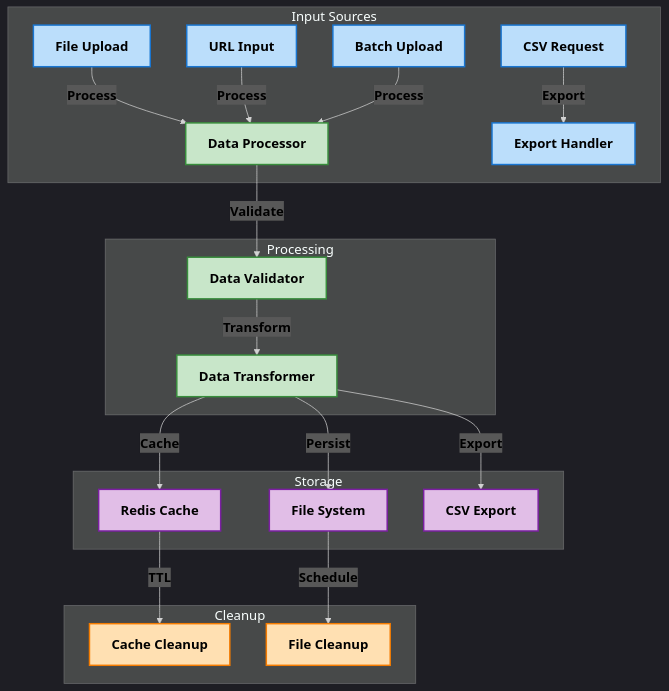
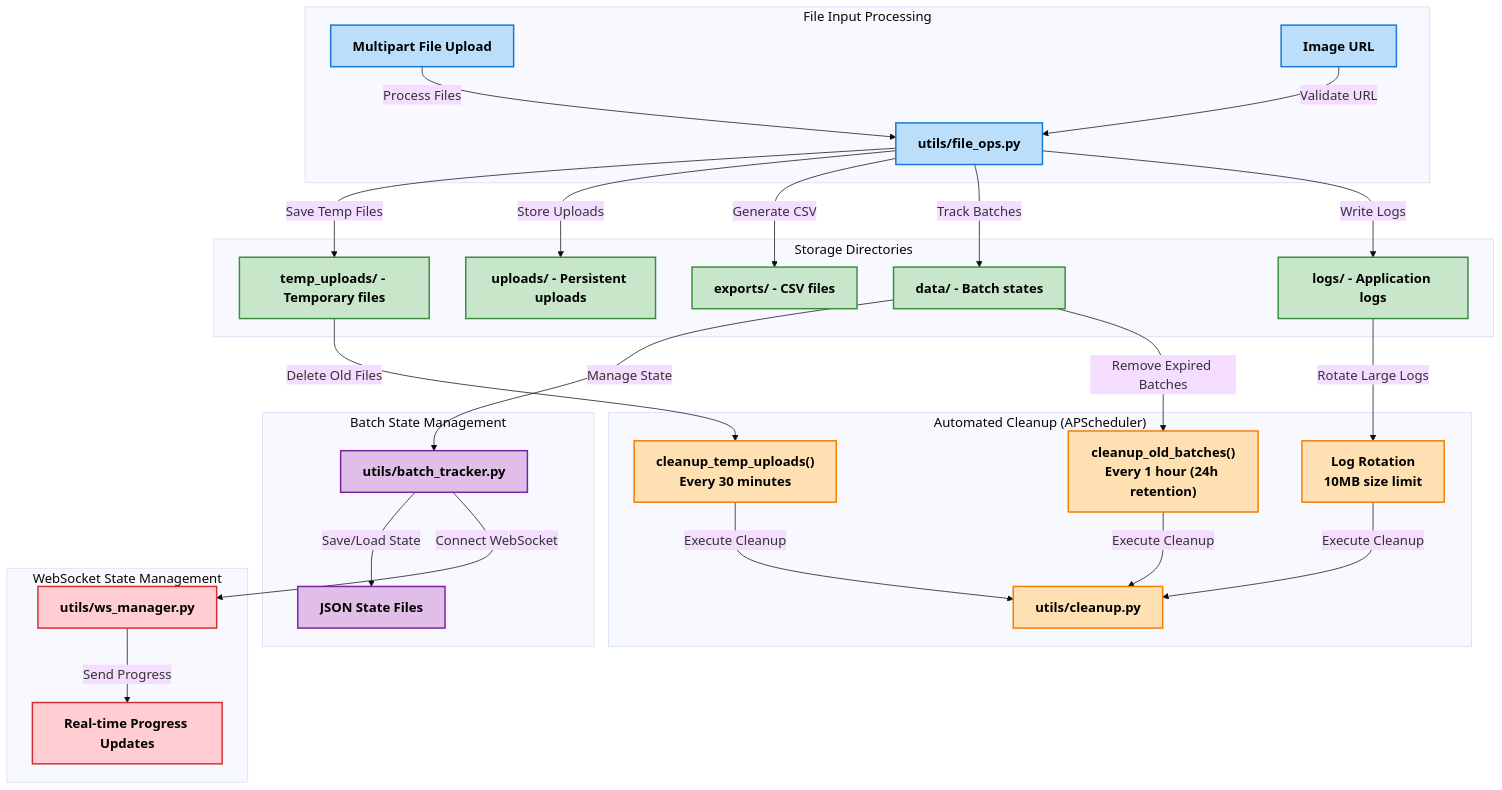
The diagram in docs/images/Data Flow and Storage.mmd (Dhruv0306/SymphonyProject1), drawn with Mermaid before and after one commit. The commit also changed 38 other files, not shown here.

Commit message:
docs: update documentation for WebSocket heartbeat and scheduler startup- Documented WebSocket heartbeat timeout mechanism- Added notes on scheduler initialization in startup event- Improved inline comments and logging descriptions for clarity

```diff
--- a/docs/images/Data Flow and Storage.mmd
+++ b/docs/images/Data Flow and Storage.mmd
@@ -1,41 +1,49 @@
-%%{init: {'theme': 'dark', 'themeVariables': { 'fontFamily': 'arial', 'fontSize': '18px', 'fontWeight': 'bold'}}}%%
+%%{init: {'theme': 'base', 'themeVariables': { 'fontFamily': 'arial', 'fontSize': '18px', 'fontWeight': 'bold'}}}%%
 graph TD
-    subgraph "Input Sources"
+    subgraph "File Input Processing"
         style A1 fill:#bbdefb,stroke:#1976d2,stroke-width:2px,color:#000000,font-weight:bold
         style A2 fill:#bbdefb,stroke:#1976d2,stroke-width:2px,color:#000000,font-weight:bold
         style A3 fill:#bbdefb,stroke:#1976d2,stroke-width:2px,color:#000000,font-weight:bold
-        style A4 fill:#bbdefb,stroke:#1976d2,stroke-width:2px,color:#000000,font-weight:bold
-        style B fill:#bbdefb,stroke:#1976d2,stroke-width:2px,color:#000000,font-weight:bold
-        style X fill:#bbdefb,stroke:#1976d2,stroke-width:2px,color:#000000,font-weight:bold
-        A1["File Upload"] -->|"Process"| B["Data Processor"]
-        A2["URL Input"] -->|"Process"| B
-        A3[Batch Upload] -->|Process| B
-        A4[CSV Request] -->|Export| X[Export Handler]
+        A1["Multipart File Upload"] -->|"Process Files"| A3["utils/file_ops.py"]
+        A2["Image URL"] -->|"Validate URL"| A3
     end
 
-    subgraph "Processing"
-        style B fill:#c8e6c9,stroke:#388e3c,stroke-width:2px,color:#000000,font-weight:bold
-        style C fill:#c8e6c9,stroke:#388e3c,stroke-width:2px,color:#000000,font-weight:bold
-        style D fill:#c8e6c9,stroke:#388e3c,stroke-width:2px,color:#000000,font-weight:bold
-        B -->|"Validate"| C["Data Validator"]
-        C -->|"Transform"| D["Data Transformer"]
+    subgraph "Storage Directories"
+        style B1 fill:#c8e6c9,stroke:#388e3c,stroke-width:2px,color:#000000,font-weight:bold
+        style B2 fill:#c8e6c9,stroke:#388e3c,stroke-width:2px,color:#000000,font-weight:bold
+        style B3 fill:#c8e6c9,stroke:#388e3c,stroke-width:2px,color:#000000,font-weight:bold
+        style B4 fill:#c8e6c9,stroke:#388e3c,stroke-width:2px,color:#000000,font-weight:bold
+        style B5 fill:#c8e6c9,stroke:#388e3c,stroke-width:2px,color:#000000,font-weight:bold
+        A3 -->|"Save Temp Files"| B1["temp_uploads/ - Temporary files"]
+        A3 -->|"Store Uploads"| B2["uploads/ - Persistent uploads"]
+        A3 -->|"Generate CSV"| B3["exports/ - CSV files"]
+        A3 -->|"Track Batches"| B4["data/ - Batch states"]
+        A3 -->|"Write Logs"| B5["logs/ - Application logs"]
     end
 
-    subgraph "Storage"
-        style E fill:#e1bee7,stroke:#7b1fa2,stroke-width:2px,color:#000000,font-weight:bold
-        style F fill:#e1bee7,stroke:#7b1fa2,stroke-width:2px,color:#000000,font-weight:bold
-        style G fill:#e1bee7,stroke:#7b1fa2,stroke-width:2px,color:#000000,font-weight:bold
-        D -->|"Cache"| E["Redis Cache"]
-        D -->|"Persist"| F["File System"]
-        D -->|"Export"| G["CSV Export"]
+    subgraph "Batch State Management"
+        style C1 fill:#e1bee7,stroke:#7b1fa2,stroke-width:2px,color:#000000,font-weight:bold
+        style C2 fill:#e1bee7,stroke:#7b1fa2,stroke-width:2px,color:#000000,font-weight:bold
+        B4 -->|"Manage State"| C1["utils/batch_tracker.py"]
+        C1 -->|"Save/Load State"| C2["JSON State Files"]
     end
 
-    subgraph "Cleanup"
-        style H fill:#ffe0b2,stroke:#f57c00,stroke-width:2px,color:#000000,font-weight:bold
-        style I fill:#ffe0b2,stroke:#f57c00,stroke-width:2px,color:#000000,font-weight:bold
-        E -->|"TTL"| H["Cache Cleanup"]
-        F -->|"Schedule"| I["File Cleanup"]
+    subgraph "Automated Cleanup (APScheduler)"
+        style D1 fill:#ffe0b2,stroke:#f57c00,stroke-width:2px,color:#000000,font-weight:bold
+        style D2 fill:#ffe0b2,stroke:#f57c00,stroke-width:2px,color:#000000,font-weight:bold
+        style D3 fill:#ffe0b2,stroke:#f57c00,stroke-width:2px,color:#000000,font-weight:bold
+        style D4 fill:#ffe0b2,stroke:#f57c00,stroke-width:2px,color:#000000,font-weight:bold
+        B1 -->|"Delete Old Files"| D1["cleanup_temp_uploads()<br/>Every 30 minutes"]
+        B4 -->|"Remove Expired Batches"| D2["cleanup_old_batches()<br/>Every 1 hour (24h retention)"]
+        B5 -->|"Rotate Large Logs"| D3["Log Rotation<br/>10MB size limit"]
+        D1 -->|"Execute Cleanup"| D4["utils/cleanup.py"]
+        D2 -->|"Execute Cleanup"| D4
+        D3 -->|"Execute Cleanup"| D4
     end
 
-    %% Style all edge labels
-    linkStyle default color:#000000,font-weight:bold
+    subgraph "WebSocket State Management"
+        style E1 fill:#ffcdd2,stroke:#d32f2f,stroke-width:2px,color:#000000,font-weight:bold
+        style E2 fill:#ffcdd2,stroke:#d32f2f,stroke-width:2px,color:#000000,font-weight:bold
+        C1 -->|"Connect WebSocket"| E1["utils/ws_manager.py"]
+        E1 -->|"Send Progress"| E2["Real-time Progress Updates"]
+    end
```
